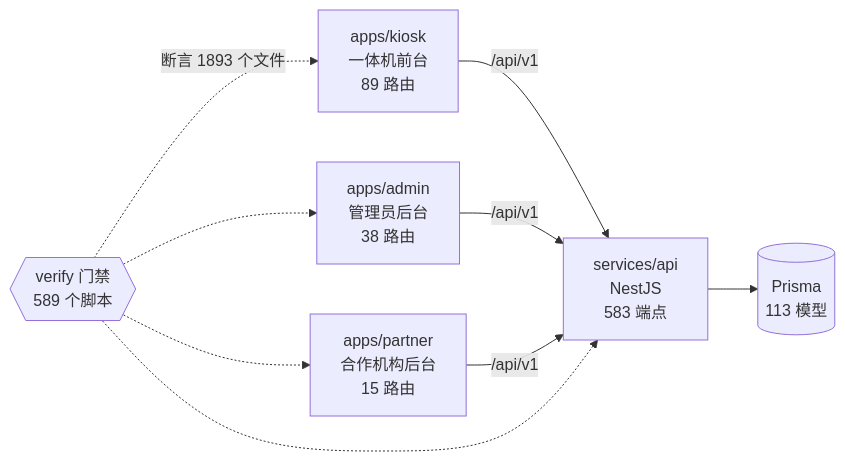
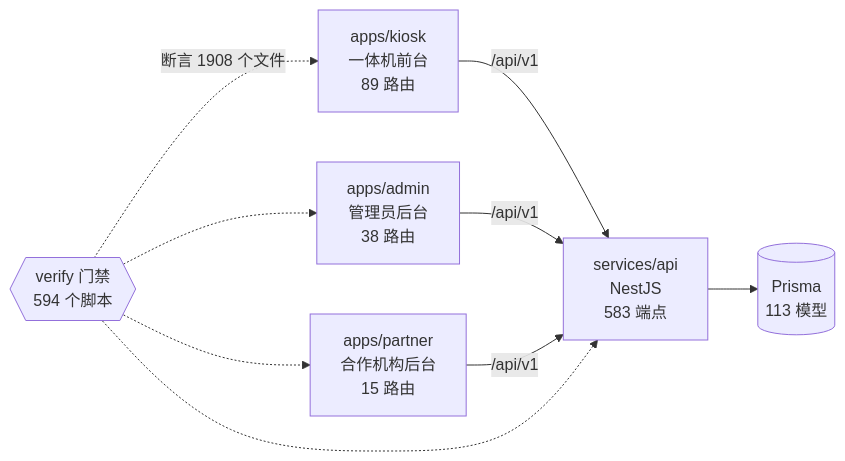
One commit to wanglei581/YITIJI changed the diagram in docs/graph/README.md. Above: the diagram before and after it, drawn with Mermaid. The commit also changed other lines of this file and 3 other files, not shown here.

Commit message:
chore(graph): 第七次第四块批次合入后重生图谱

````diff
--- a/docs/graph/README.md
+++ b/docs/graph/README.md
@@ -68,18 +68,18 @@
 ```mermaid
 flowchart LR
   kiosk["apps/kiosk<br/>一体机前台<br/>89 路由"]
   admin["apps/admin<br/>管理员后台<br/>38 路由"]
   partner["apps/partner<br/>合作机构后台<br/>15 路由"]
   api["services/api<br/>NestJS<br/>583 端点"]
   db[("Prisma<br/>113 模型")]
-  gates{{"verify 门禁<br/>589 个脚本"}}
+  gates{{"verify 门禁<br/>594 个脚本"}}
 
   kiosk -->|"/api/v1"| api
   admin -->|"/api/v1"| api
   partner -->|"/api/v1"| api
   api --> db
-  gates -.->|"断言 1893 个文件"| kiosk
+  gates -.->|"断言 1908 个文件"| kiosk
   gates -.-> admin
   gates -.-> partner
   gates -.-> api
 ```
````
